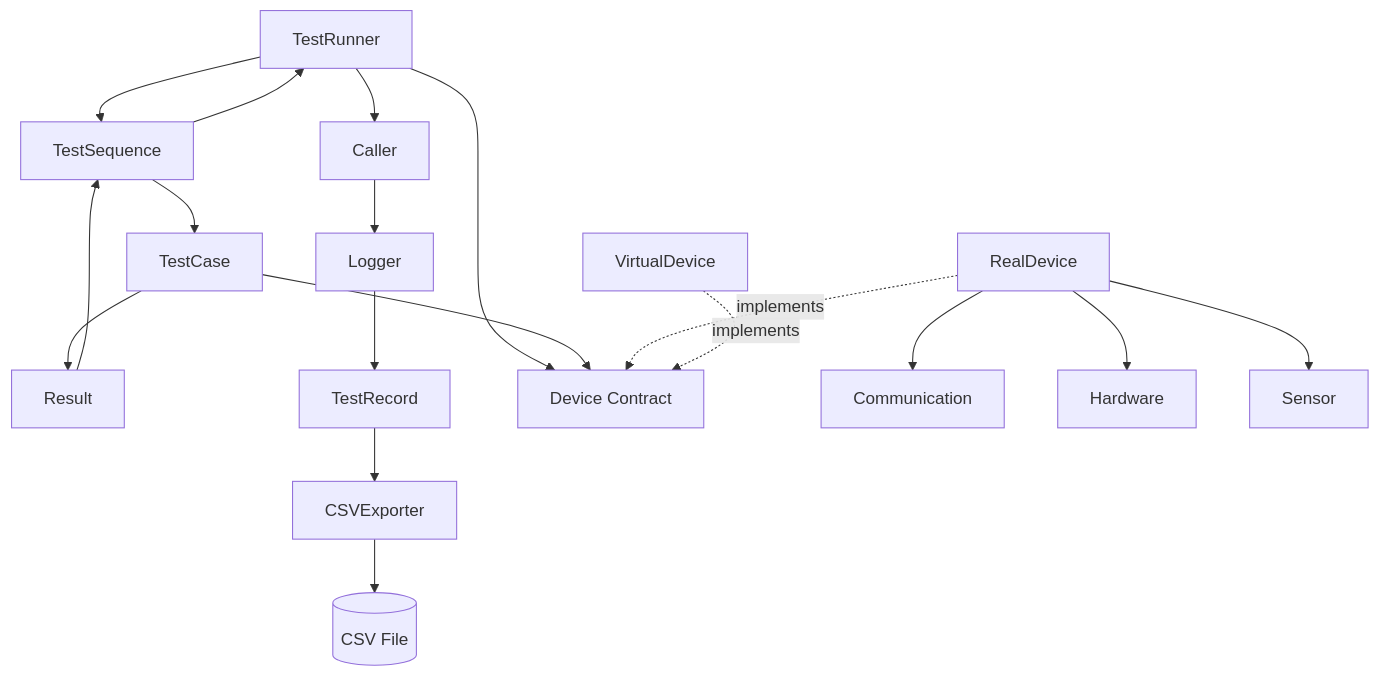
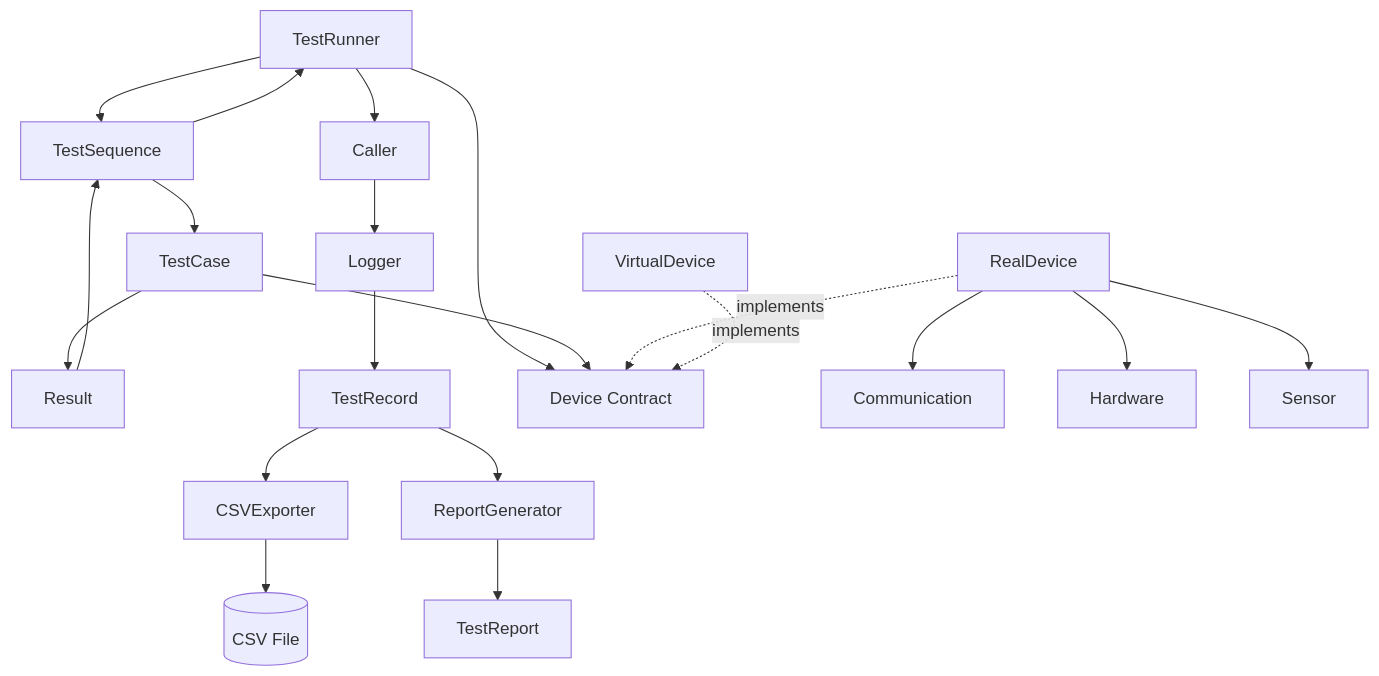
One commit to chengyeyang/hybrid-reliability-lab changed the first of 2 diagrams in docs/architecture.md. Above: the diagram before and after it, drawn with Mermaid. The commit also changed other lines of this file and 2 other files, not shown here.

First line of the commit message:
Test Reporting. Close #15

````diff
--- a/docs/architecture.md
+++ b/docs/architecture.md
@@ -110,39 +129,45 @@
 ```mermaid
 flowchart TD
     TR[TestRunner]
     TS[TestSequence]
     TC[TestCase]
     RES[Result]
     CALLER[Caller]
     LOG[Logger]
     TREC[TestRecord]
     EXP[CSVExporter]
     CSV[(CSV File)]
+    RGEN[ReportGenerator]
+    RPT[TestReport]
     DEV[Device Contract]
     REAL[RealDevice]
     VIRTUAL[VirtualDevice]
     COM[Communication]
     HW[Hardware]
     SEN[Sensor]
 
     TR --> TS
     TR --> DEV
     TS --> TC
     TC --> DEV
 
     TC --> RES
     RES --> TS
     TS --> TR
     TR --> CALLER
     CALLER --> LOG
     LOG --> TREC
+
     TREC --> EXP
     EXP --> CSV
+
+    TREC --> RGEN
+    RGEN --> RPT
 
     REAL -. implements .-> DEV
     VIRTUAL -. implements .-> DEV
 
     REAL --> COM
     REAL --> HW
     REAL --> SEN
 ```
````
